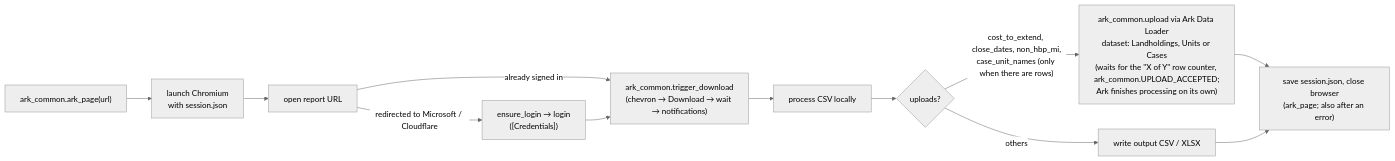
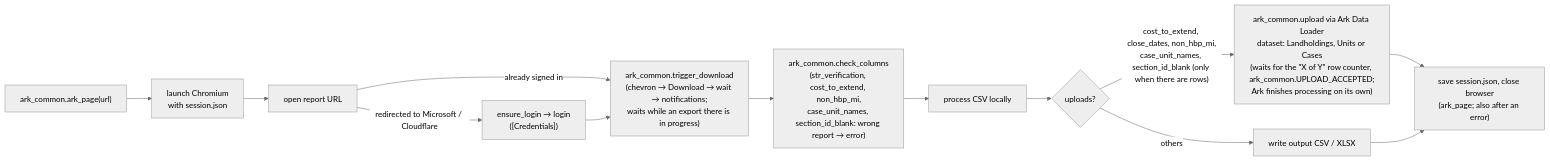
One commit to GMSthesecond/phx_cpp changed the third of 11 diagrams in docs/ARCHITECTURE.md. Above: the diagram before and after it, drawn with Mermaid (neutral theme). The commit also changed other lines of this file and 29 other files, not shown here.

````diff
--- a/docs/ARCHITECTURE.md
+++ b/docs/ARCHITECTURE.md
@@ -187,14 +193,15 @@
 ```mermaid
 flowchart LR
     A["ark_common.ark_page(url)"] --> B["launch Chromium<br/>with session.json"]
     B --> C[open report URL]
     C -->|redirected to Microsoft / Cloudflare| D["ensure_login → login<br/>([Credentials])"]
     C -->|already signed in| E
-    D --> E["ark_common.trigger_download<br/>(chevron → Download → wait → notifications)"]
-    E --> F[process CSV locally]
+    D --> E["ark_common.trigger_download<br/>(chevron → Download → wait → notifications;<br/>waits while an export there is in progress)"]
+    E --> E2["ark_common.check_columns<br/>(str_verification, cost_to_extend, non_hbp_mi,<br/>case_unit_names, section_id_blank: wrong report → error)"]
+    E2 --> F[process CSV locally]
     F --> G{uploads?}
-    G -->|"cost_to_extend, close_dates, non_hbp_mi,<br/>case_unit_names (only when there are rows)"| H["ark_common.upload via Ark Data Loader<br/>dataset: Landholdings, Units or Cases<br/>(waits for the &quot;X of Y&quot; row counter, ark_common.UPLOAD_ACCEPTED;<br/>Ark finishes processing on its own)"]
+    G -->|"cost_to_extend, close_dates, non_hbp_mi,<br/>case_unit_names, section_id_blank (only when there are rows)"| H["ark_common.upload via Ark Data Loader<br/>dataset: Landholdings, Units or Cases<br/>(waits for the &quot;X of Y&quot; row counter, ark_common.UPLOAD_ACCEPTED;<br/>Ark finishes processing on its own)"]
     G -->|others| I[write output CSV / XLSX]
     H --> J["save session.json, close browser<br/>(ark_page; also after an error)"]
     I --> J
 ```
````
